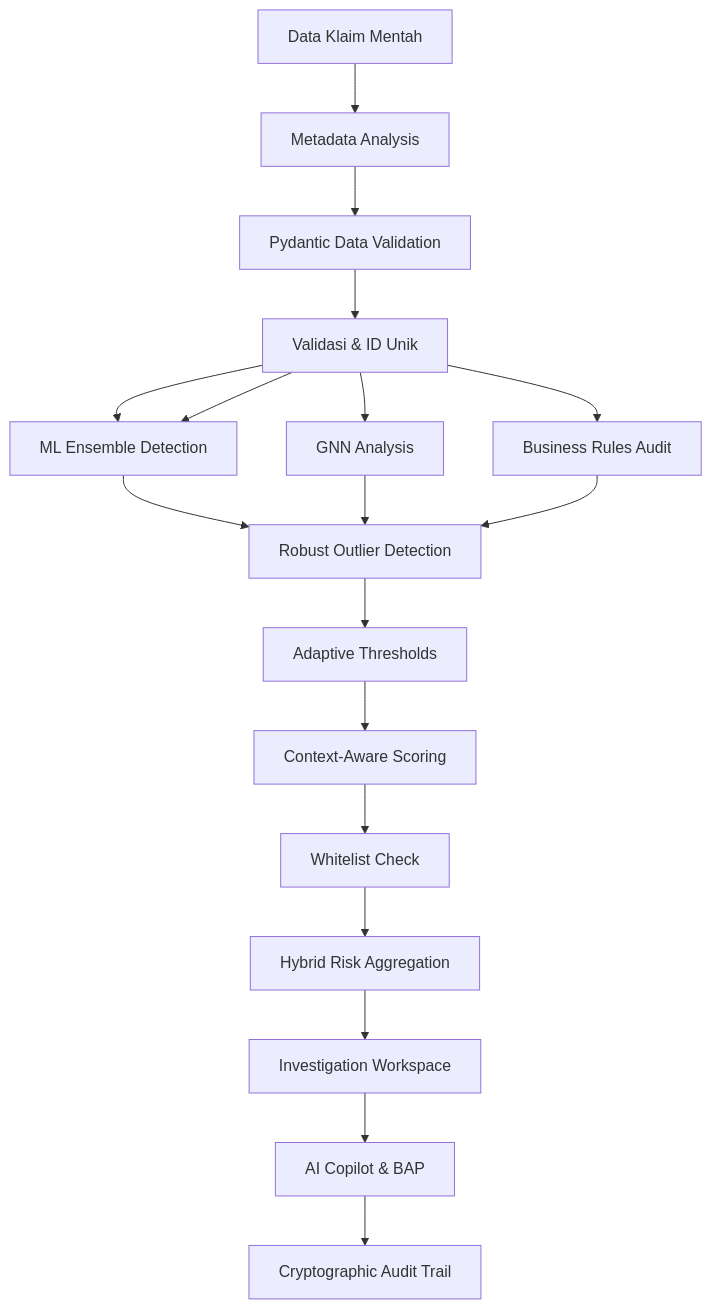
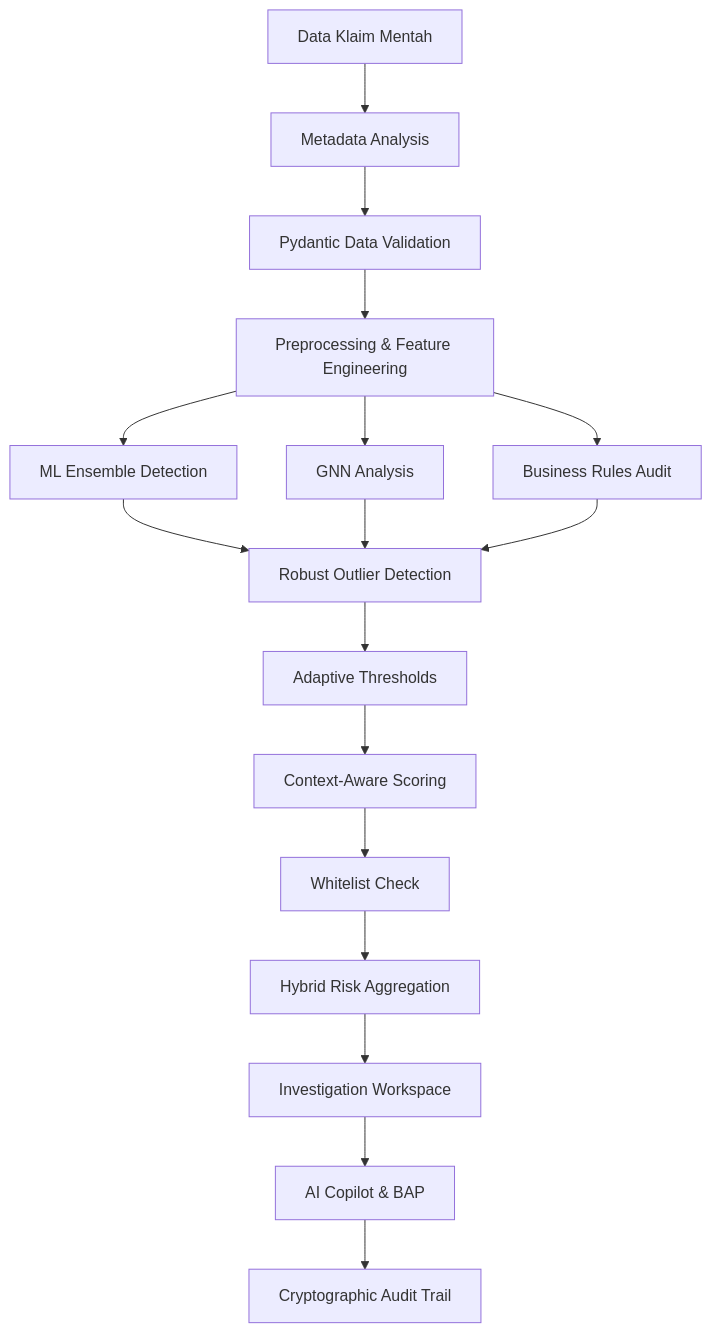
The diagram in README.md (RadenAaKoesoemaWijaya/project-Graphnet), drawn with Mermaid before and after one commit. The commit also changed other lines of this file and 2 other files, not shown here.

````diff
--- a/README.md
+++ b/README.md
@@ -344,20 +219,19 @@
 ```mermaid
 flowchart TD
     A[Data Klaim Mentah] --> B[Metadata Analysis]
     B --> C[Pydantic Data Validation]
-    C --> D[Validasi & ID Unik]
-    D --> E[Preprocessing & Feature Engineering]
+    C --> D[Preprocessing & Feature Engineering]
     D --> E[ML Ensemble Detection]
     D --> F[GNN Analysis]
     D --> G[Business Rules Audit]
     E --> H[Robust Outlier Detection]
     F --> H
     G --> H
     H --> I[Adaptive Thresholds]
     I --> J[Context-Aware Scoring]
     J --> K[Whitelist Check]
     K --> L[Hybrid Risk Aggregation]
     L --> M[Investigation Workspace]
     M --> N[AI Copilot & BAP]
     N --> O[Cryptographic Audit Trail]
 ```
````
